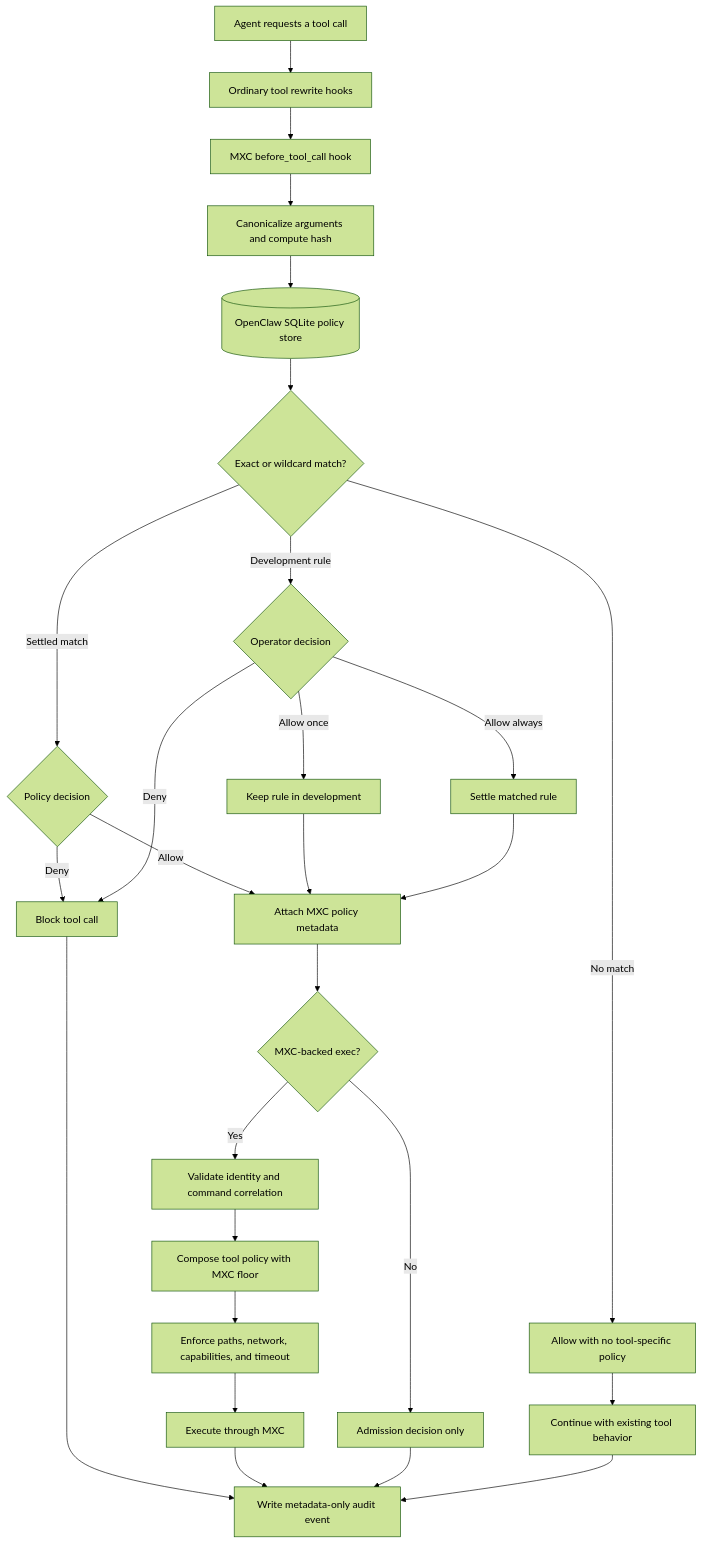
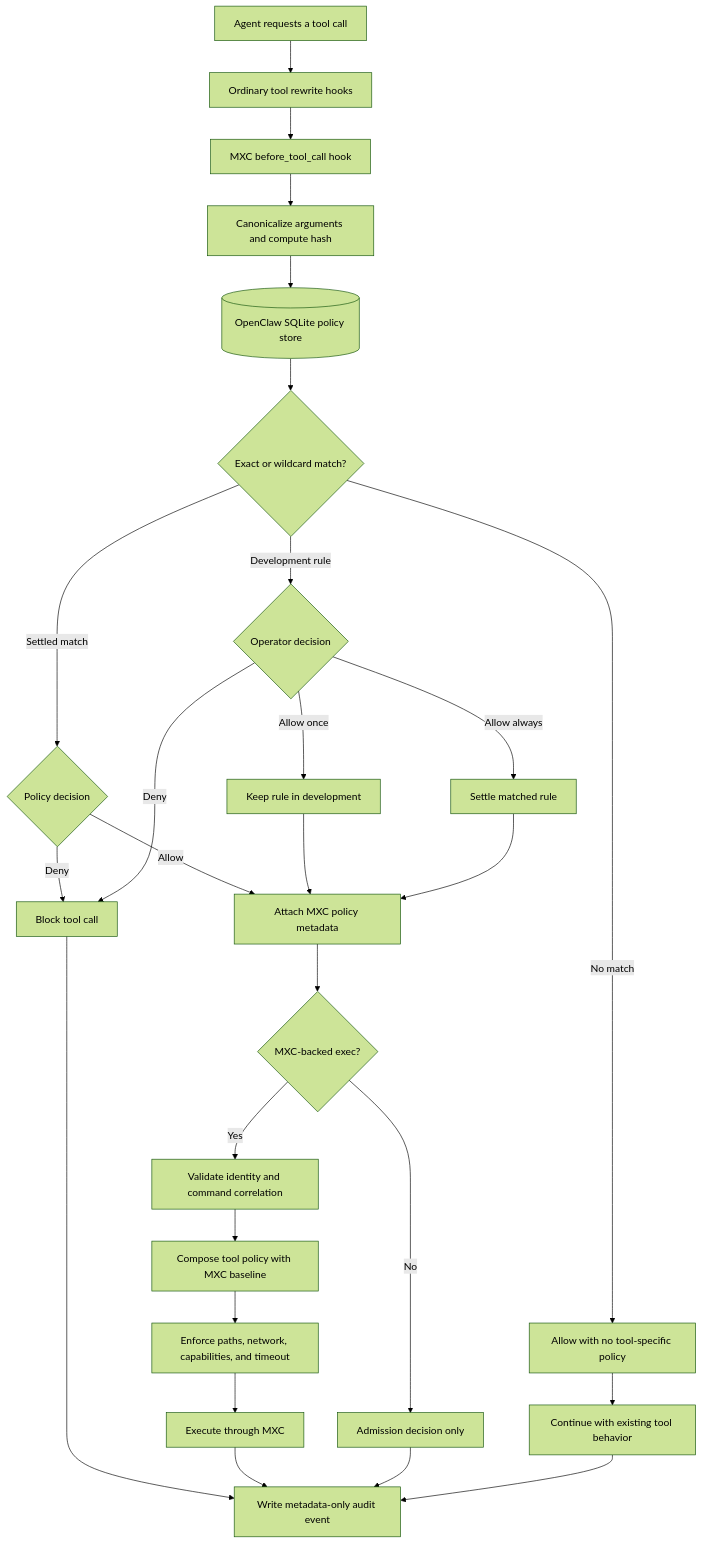
Before and after one commit to ChazGo/rfcs: the diagram in rfcs/0026-mxc-per-tool-policy-advisor.md, drawn with Mermaid (forest theme). The commit also changed other lines of this file, not shown here.

First line of the commit message:
docs: clarify MXC policy composition

````diff
--- a/rfcs/0026-mxc-per-tool-policy-advisor.md
+++ b/rfcs/0026-mxc-per-tool-policy-advisor.md
@@ -113,33 +119,33 @@
 ```mermaid
 flowchart TD
     A[Agent requests a tool call] --> B[Ordinary tool rewrite hooks]
     B --> C[MXC before_tool_call hook]
     C --> D[Canonicalize arguments and compute hash]
     D --> E[(OpenClaw SQLite policy store)]
     E --> F{Exact or wildcard match?}
 
     F -->|No match| G[Allow with no tool-specific policy]
     F -->|Settled match| H{Policy decision}
     H -->|Deny| I[Block tool call]
     H -->|Allow| J[Attach MXC policy metadata]
 
     F -->|Development rule| K{Operator decision}
     K -->|Deny| I
     K -->|Allow once| L[Keep rule in development]
     K -->|Allow always| M[Settle matched rule]
     L --> J
     M --> J
 
     J --> N{MXC-backed exec?}
     N -->|Yes| O[Validate identity and command correlation]
-    O --> P[Compose tool policy with MXC floor]
+    O --> P[Compose tool policy with MXC baseline]
     P --> Q[Enforce paths, network, capabilities, and timeout]
     Q --> R[Execute through MXC]
     N -->|No| S[Admission decision only]
 
     G --> T[Continue with existing tool behavior]
     I --> U[Write metadata-only audit event]
     R --> U
     S --> U
     T --> U
 ```
````
